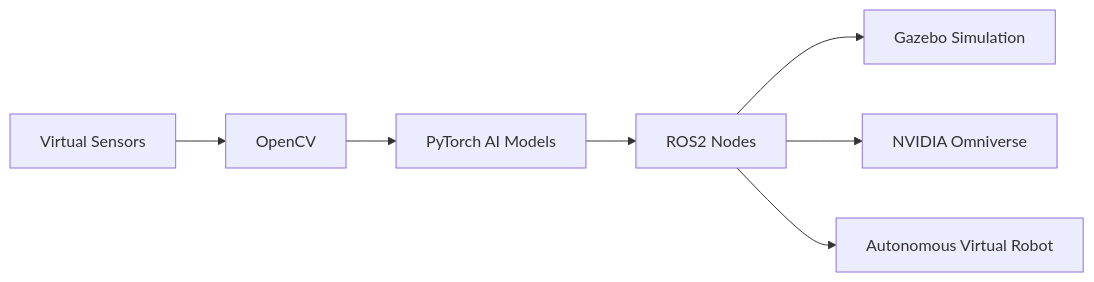
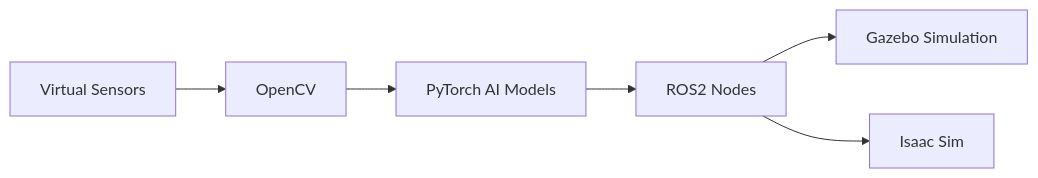
Before and after one commit to 1st-adambenjabbar/Robotics_Workspace_Guide: the diagram in README.md, drawn with Mermaid. The commit also changed other lines of this file, not shown here.

````diff
--- a/README.md
+++ b/README.md
@@ -61,10 +60,9 @@
 ```mermaid
 graph LR
 
 A[Virtual Sensors] --> B[OpenCV]
 B --> C[PyTorch AI Models]
 C --> D[ROS2 Nodes]
 D --> E[Gazebo Simulation]
-D --> F[NVIDIA Omniverse]
-D --> G[Autonomous Virtual Robot]
+D --> F[Isaac Sim]
 ```
````
